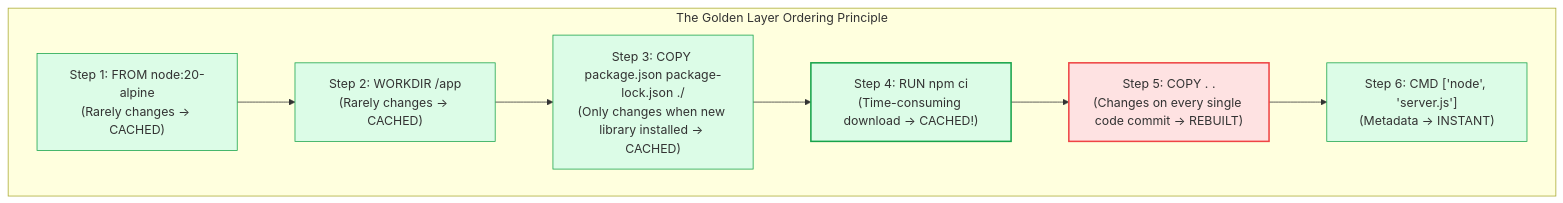
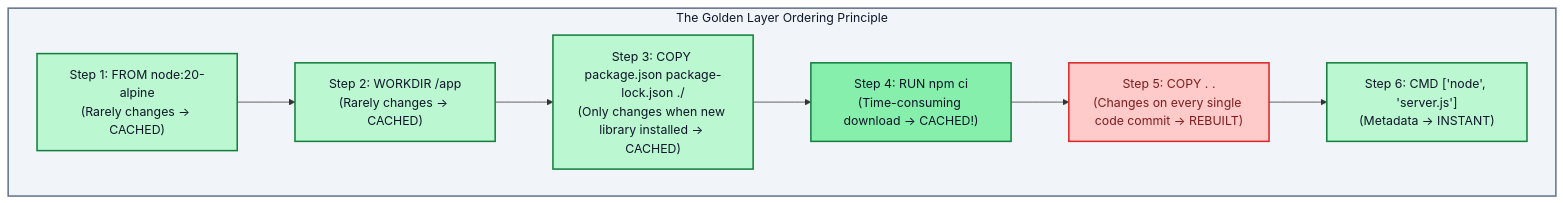
One commit to PandeyKishan/Study-Notes changed the third of 4 diagrams in 01-Docker/02-Dockerfile-Deep-Dive-and-Best-Practices.md. Above: the diagram before and after it, drawn with Mermaid. The commit also changed other lines of this file and 22 other files, not shown here.

Commit message:
docs: enhance diagram visibility with high-contrast palette and add concise book definitions

````diff
--- a/01-Docker/02-Dockerfile-Deep-Dive-and-Best-Practices.md
+++ b/01-Docker/02-Dockerfile-Deep-Dive-and-Best-Practices.md
@@ -140,17 +147,18 @@
 ```mermaid
 flowchart TD
     subgraph Layer_Rules["The Golden Layer Ordering Principle"]
         L1["Step 1: FROM node:20-alpine\n(Rarely changes -> CACHED)"] --> L2["Step 2: WORKDIR /app\n(Rarely changes -> CACHED)"]
         L2 --> L3["Step 3: COPY package.json package-lock.json ./\n(Only changes when new library installed -> CACHED)"]
         L3 --> L4["Step 4: RUN npm ci\n(Time-consuming download -> CACHED!)"]
         L4 --> L5["Step 5: COPY . .\n(Changes on every single code commit -> REBUILT)"]
         L5 --> L6["Step 6: CMD ['node', 'server.js']\n(Metadata -> INSTANT)"]
     end
 
-    style L1 fill:#dcfce7,stroke:#16a34a,stroke-width:1px
-    style L2 fill:#dcfce7,stroke:#16a34a,stroke-width:1px
-    style L3 fill:#dcfce7,stroke:#16a34a,stroke-width:1px
-    style L4 fill:#dcfce7,stroke:#16a34a,stroke-width:2px
-    style L5 fill:#fee2e2,stroke:#ef4444,stroke-width:2px
-    style L6 fill:#dcfce7,stroke:#16a34a,stroke-width:1px
+    style Layer_Rules fill:#f1f5f9,stroke:#64748b,stroke-width:2px,color:#0f172a
+    style L1 fill:#bbf7d0,stroke:#15803d,stroke-width:2px,color:#0f172a
+    style L2 fill:#bbf7d0,stroke:#15803d,stroke-width:2px,color:#0f172a
+    style L3 fill:#bbf7d0,stroke:#15803d,stroke-width:2px,color:#0f172a
+    style L4 fill:#86efac,stroke:#15803d,stroke-width:2px,color:#0f172a
+    style L5 fill:#fecaca,stroke:#dc2626,stroke-width:2px,color:#7f1d1d
+    style L6 fill:#bbf7d0,stroke:#15803d,stroke-width:2px,color:#0f172a
 ```
````
